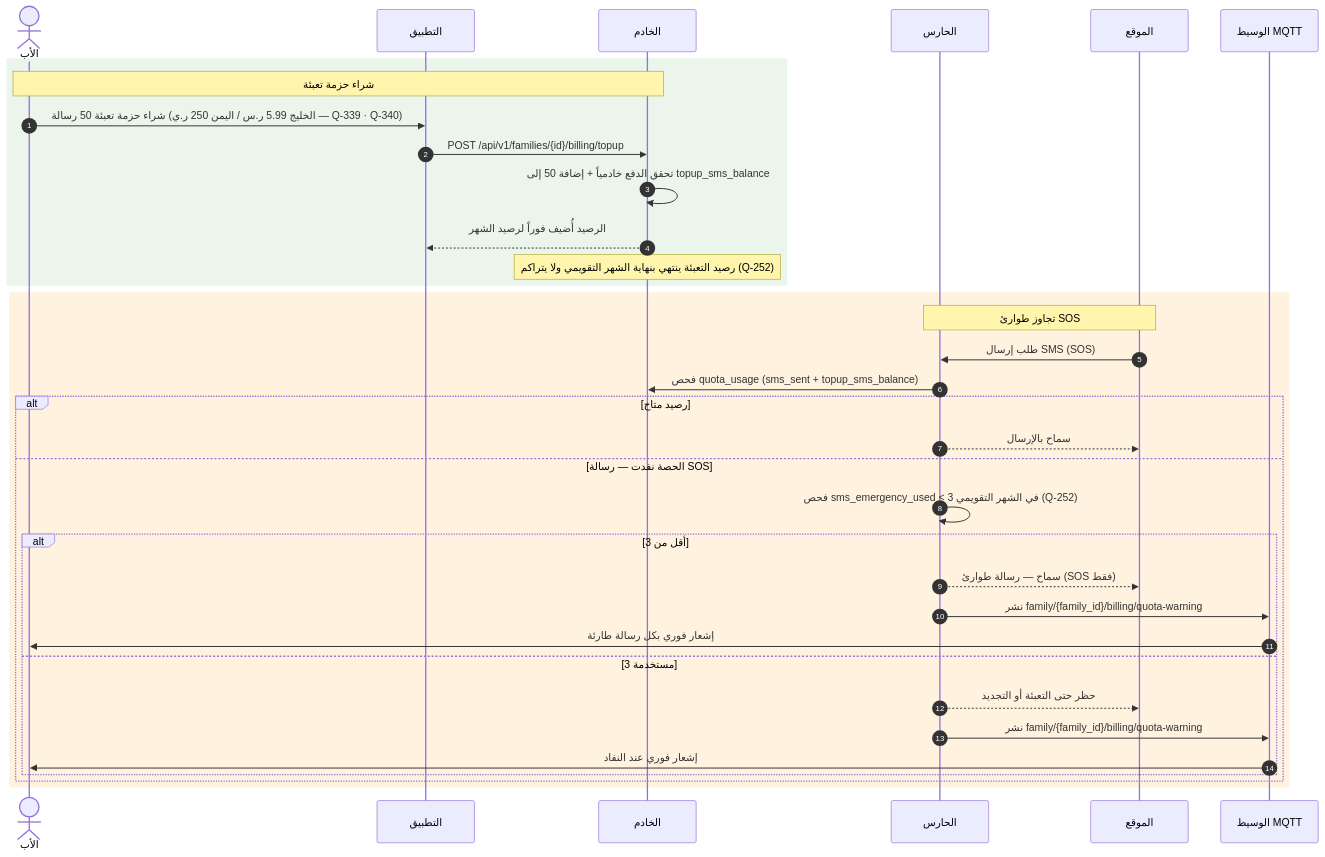
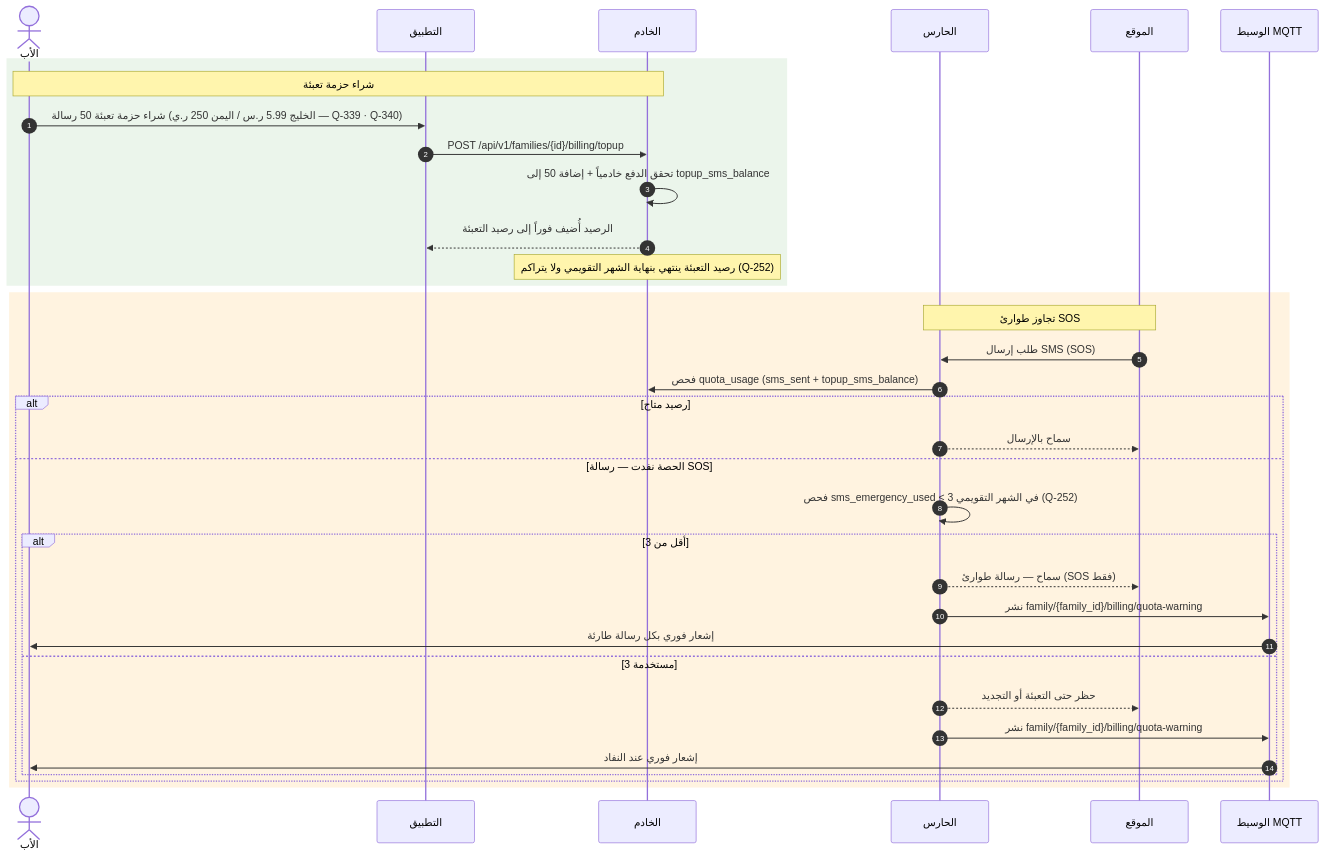
The fifth of 22 diagrams in docs/family-os/governance/phases/phase-1/S1-04-plans-and-subscriptions/DIAGRAMS.md (Bassam-mohammed-alqaeadi/family-os-v2), drawn with Mermaid before and after one commit. The commit also changed other lines of this file, not shown here.

````diff
--- a/docs/family-os/governance/phases/phase-1/S1-04-plans-and-subscriptions/DIAGRAMS.md
+++ b/docs/family-os/governance/phases/phase-1/S1-04-plans-and-subscriptions/DIAGRAMS.md
@@ -221,37 +251,37 @@
 ```mermaid
 sequenceDiagram
     autonumber
     actor Father as الأب
     participant App as التطبيق
     participant Ktor as الخادم
     participant Guard as الحارس
     participant S107 as الموقع
     participant Broker as الوسيط MQTT
     rect rgb(235, 245, 235)
         Note over Father,Ktor: شراء حزمة تعبئة
         Father->>App: شراء حزمة تعبئة 50 رسالة (الخليج 5.99 ر.س / اليمن 250 ر.ي — Q-339 · Q-340)
         App->>Ktor: POST /api/v1/families/{id}/billing/topup
         Ktor->>Ktor: تحقق الدفع خادمياً + إضافة 50 إلى topup_sms_balance
-        Ktor-->>App: الرصيد أُضيف فوراً لرصيد الشهر
+        Ktor-->>App: الرصيد أُضيف فوراً إلى رصيد التعبئة
         Note over Ktor: رصيد التعبئة ينتهي بنهاية الشهر التقويمي ولا يتراكم (Q-252)
     end
     rect rgb(255, 243, 224)
         Note over S107,Guard: تجاوز طوارئ SOS
         S107->>Guard: طلب إرسال SMS (SOS)
         Guard->>Ktor: فحص quota_usage (sms_sent + topup_sms_balance)
         alt رصيد متاح
             Guard-->>S107: سماح بالإرسال
         else الحصة نفدت — رسالة SOS
             Guard->>Guard: فحص sms_emergency_used < 3 في الشهر التقويمي (Q-252)
             alt أقل من 3
                 Guard-->>S107: سماح — رسالة طوارئ (SOS فقط)
                 Guard->>Broker: نشر family/{family_id}/billing/quota-warning
                 Broker->>Father: إشعار فوري بكل رسالة طارئة
             else 3 مستخدمة
                 Guard-->>S107: حظر حتى التعبئة أو التجديد
                 Guard->>Broker: نشر family/{family_id}/billing/quota-warning
                 Broker->>Father: إشعار فوري عند النفاد
             end
         end
     end
 ```
````
